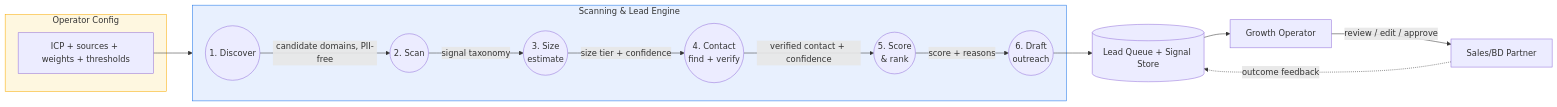
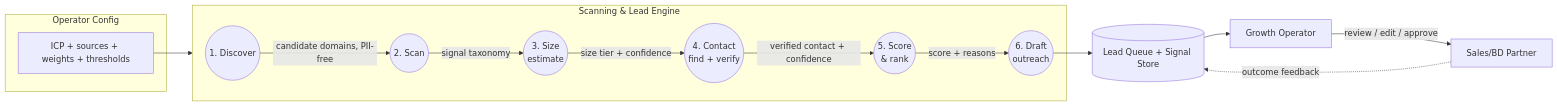
The fifth of 13 diagrams in bytesofpurpose-blog/designs/2026-06-21-ecommerce-site-scanner-and-lead-generation-engine.mdx (omars-lab/omars-lab.github.io), drawn with Mermaid before and after one commit. The commit also changed other lines of this file and 6 other files, not shown here.

First line of the commit message:
feat(designs): on-brand mermaid theme + dark-mode-adaptive diagrams

````diff
--- a/bytesofpurpose-blog/designs/2026-06-21-ecommerce-site-scanner-and-lead-generation-engine.mdx
+++ b/bytesofpurpose-blog/designs/2026-06-21-ecommerce-site-scanner-and-lead-generation-engine.mdx
@@ -413,33 +399,31 @@
 ```mermaid
 graph LR
     subgraph cfg["Operator Config"]
         ICP[ICP + sources + weights + thresholds]
     end
 
     subgraph pipe["Scanning & Lead Engine"]
         D1S((1. Discover))
         D4S((2. Scan))
         D2S((3. Size<br/>estimate))
         D3S((4. Contact<br/>find + verify))
         D5S((5. Score<br/>& rank))
         D6S((6. Draft<br/>outreach))
     end
 
     QUEUE[(Lead Queue + Signal Store)]
     OP[Growth Operator]
     BD[Sales/BD Partner]
 
     ICP --> pipe
     D1S -->|candidate domains, PII-free| D4S
     D4S -->|signal taxonomy| D2S
     D2S -->|size tier + confidence| D3S
     D3S -->|verified contact + confidence| D5S
     D5S -->|score + reasons| D6S
     D6S --> QUEUE
     QUEUE --> OP
     OP -->|review / edit / approve| BD
     BD -.->|outcome feedback| QUEUE
 
-    style pipe fill:#e8f0fe,stroke:#1a73e8
-    style cfg fill:#fef7e0,stroke:#f9ab00
 ```
````
